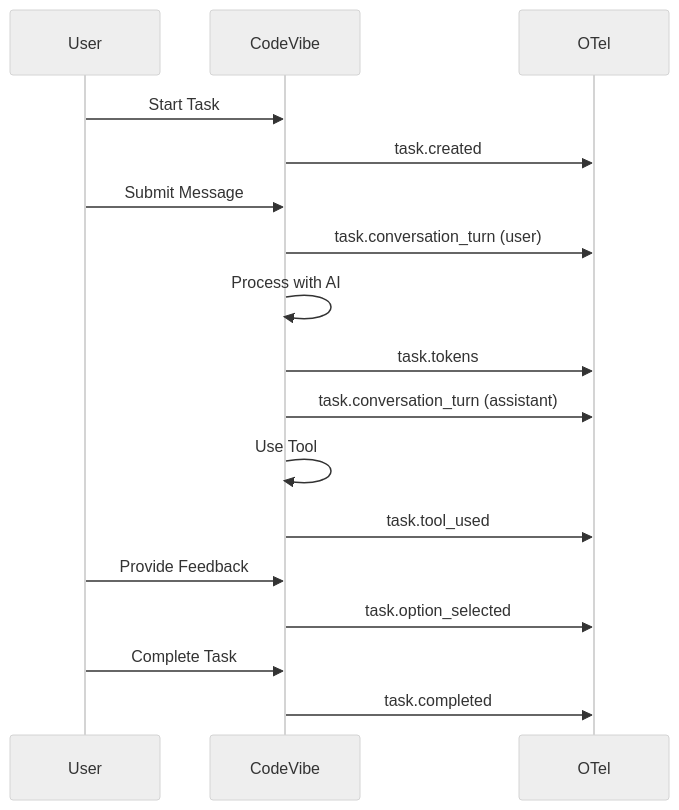
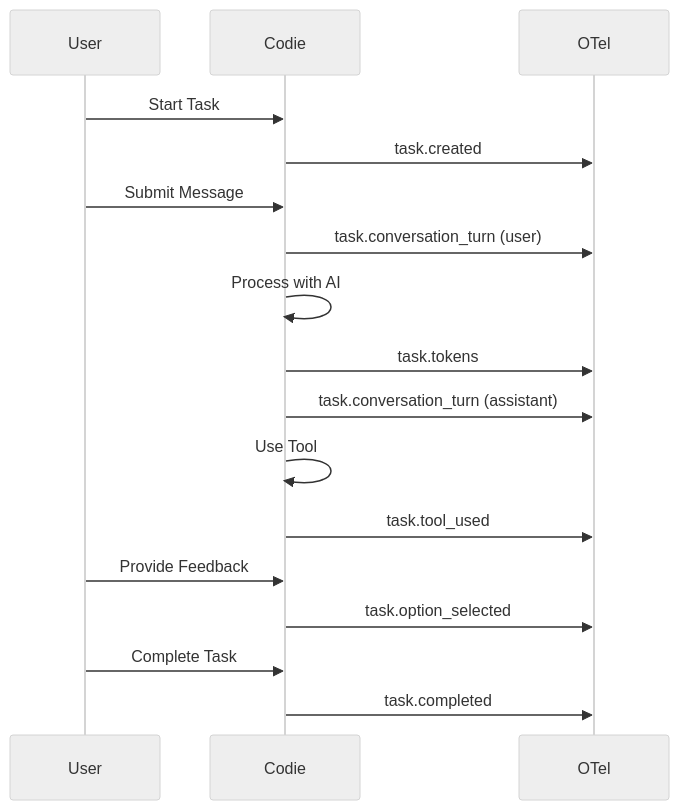
The diagram in docs/enterprise-solutions/monitoring/opentelemetry-events.mdx (atnumridha/codevibe), drawn with Mermaid (neutral theme) before and after one commit. The commit also changed other lines of this file and 620 other files, not shown here.

````diff
--- a/docs/enterprise-solutions/monitoring/opentelemetry-events.mdx
+++ b/docs/enterprise-solutions/monitoring/opentelemetry-events.mdx
@@ -391,25 +391,25 @@
 ```mermaid
 sequenceDiagram
     participant User
-    participant CodeVibe
+    participant Codie
     participant OTel
 
-    User->>CodeVibe: Start Task
-    CodeVibe->>OTel: task.created
+    User->>Codie: Start Task
+    Codie->>OTel: task.created
     
-    User->>CodeVibe: Submit Message
-    CodeVibe->>OTel: task.conversation_turn (user)
+    User->>Codie: Submit Message
+    Codie->>OTel: task.conversation_turn (user)
     
-    CodeVibe->>CodeVibe: Process with AI
-    CodeVibe->>OTel: task.tokens
-    CodeVibe->>OTel: task.conversation_turn (assistant)
+    Codie->>Codie: Process with AI
+    Codie->>OTel: task.tokens
+    Codie->>OTel: task.conversation_turn (assistant)
     
-    CodeVibe->>CodeVibe: Use Tool
-    CodeVibe->>OTel: task.tool_used
+    Codie->>Codie: Use Tool
+    Codie->>OTel: task.tool_used
     
-    User->>CodeVibe: Provide Feedback
-    CodeVibe->>OTel: task.option_selected
+    User->>Codie: Provide Feedback
+    Codie->>OTel: task.option_selected
     
-    User->>CodeVibe: Complete Task
-    CodeVibe->>OTel: task.completed
+    User->>Codie: Complete Task
+    Codie->>OTel: task.completed
 ```
````
